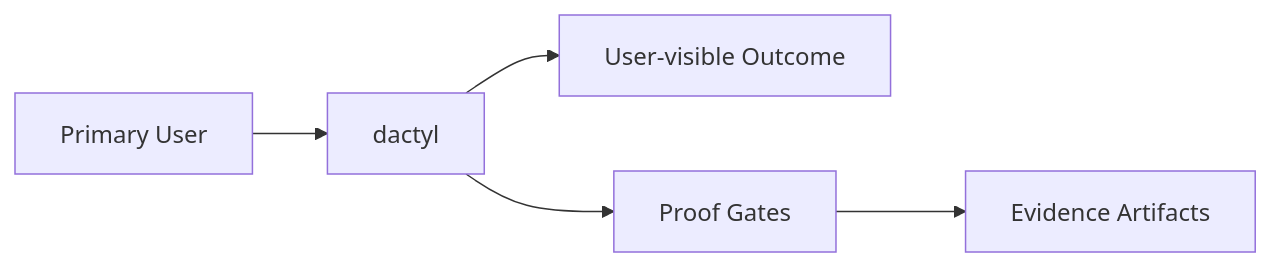
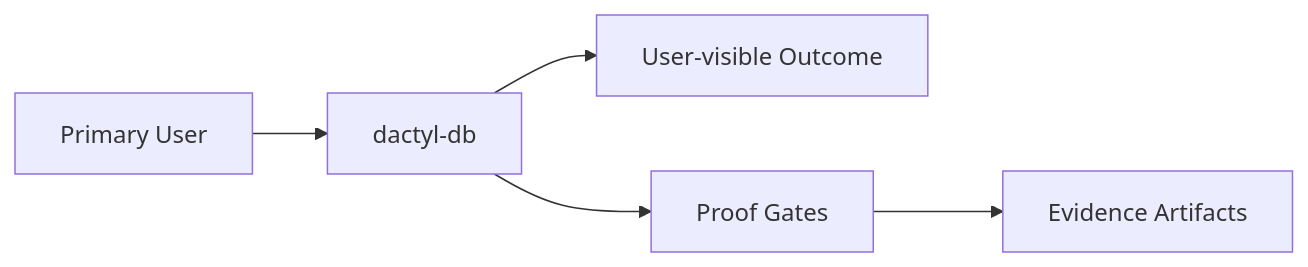
One commit to DecapodLabs/dactyl changed the diagram in .decapod/managed/specs/INTENT.md. Above: the diagram before and after it, drawn with Mermaid. The commit also changed other lines of this file and 21 other files, not shown here.

````diff
--- a/.decapod/managed/specs/INTENT.md
+++ b/.decapod/managed/specs/INTENT.md
@@ -30,7 +30,7 @@
 ```mermaid
 flowchart LR
-  U[Primary User] --> P[dactyl]
+  U[Primary User] --> P[dactyl-db]
   P --> O[User-visible Outcome]
   P --> G[Proof Gates]
   G --> E[Evidence Artifacts]
 ```
````
